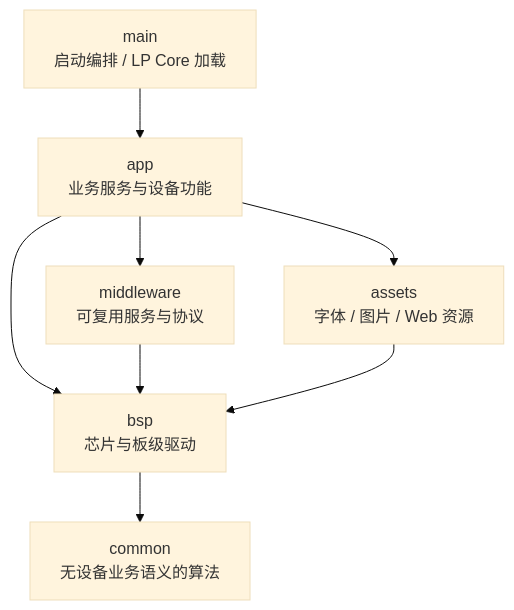
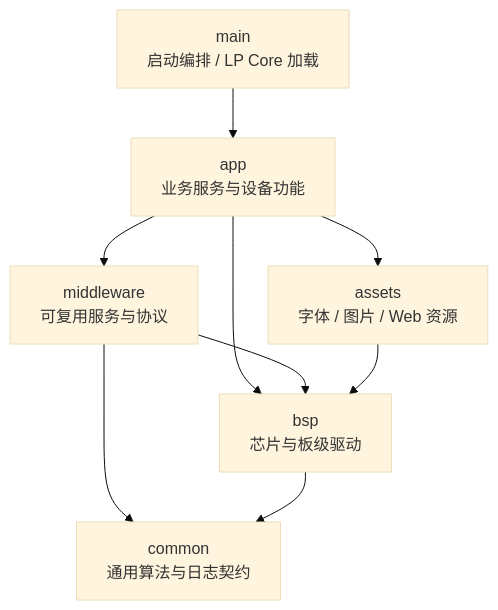
One commit to qingmeijiupiao/Wireless_power_meter_lite changed the diagram in README.md. Above: the diagram before and after it, drawn with Mermaid (base theme). The commit also changed other lines of this file and 54 other files, not shown here.

````diff
--- a/README.md
+++ b/README.md
@@ -59,10 +59,11 @@
 ```mermaid
 flowchart TB
     Main["main<br/>启动编排 / LP Core 加载"] --> App["app<br/>业务服务与设备功能"]
     App --> Middleware["middleware<br/>可复用服务与协议"]
     App --> BSP["bsp<br/>芯片与板级驱动"]
     App --> Assets["assets<br/>字体 / 图片 / Web 资源"]
     Middleware --> BSP
-    BSP --> Common["common<br/>无设备业务语义的算法"]
+    Middleware --> Common["common<br/>通用算法与日志契约"]
+    BSP --> Common
     Assets --> BSP
 ```
````
